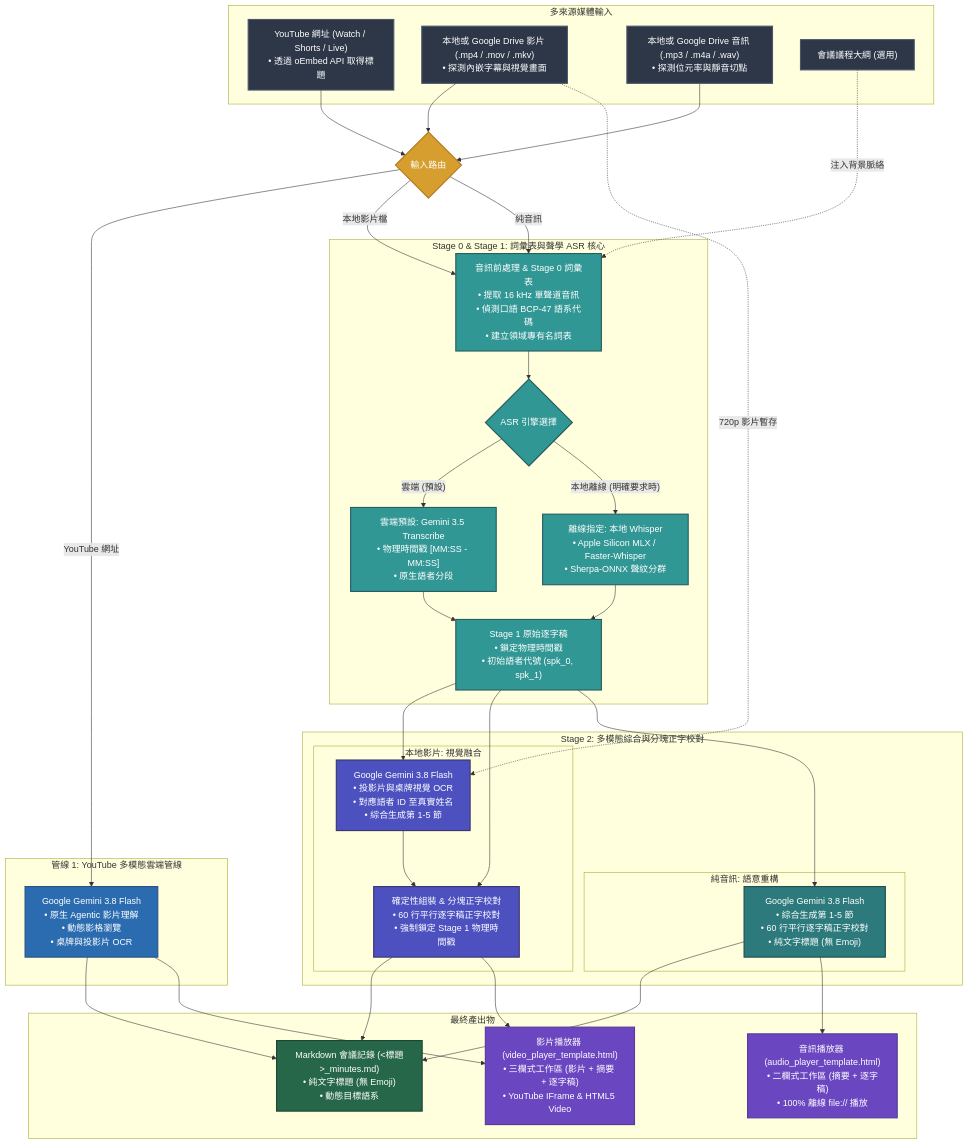
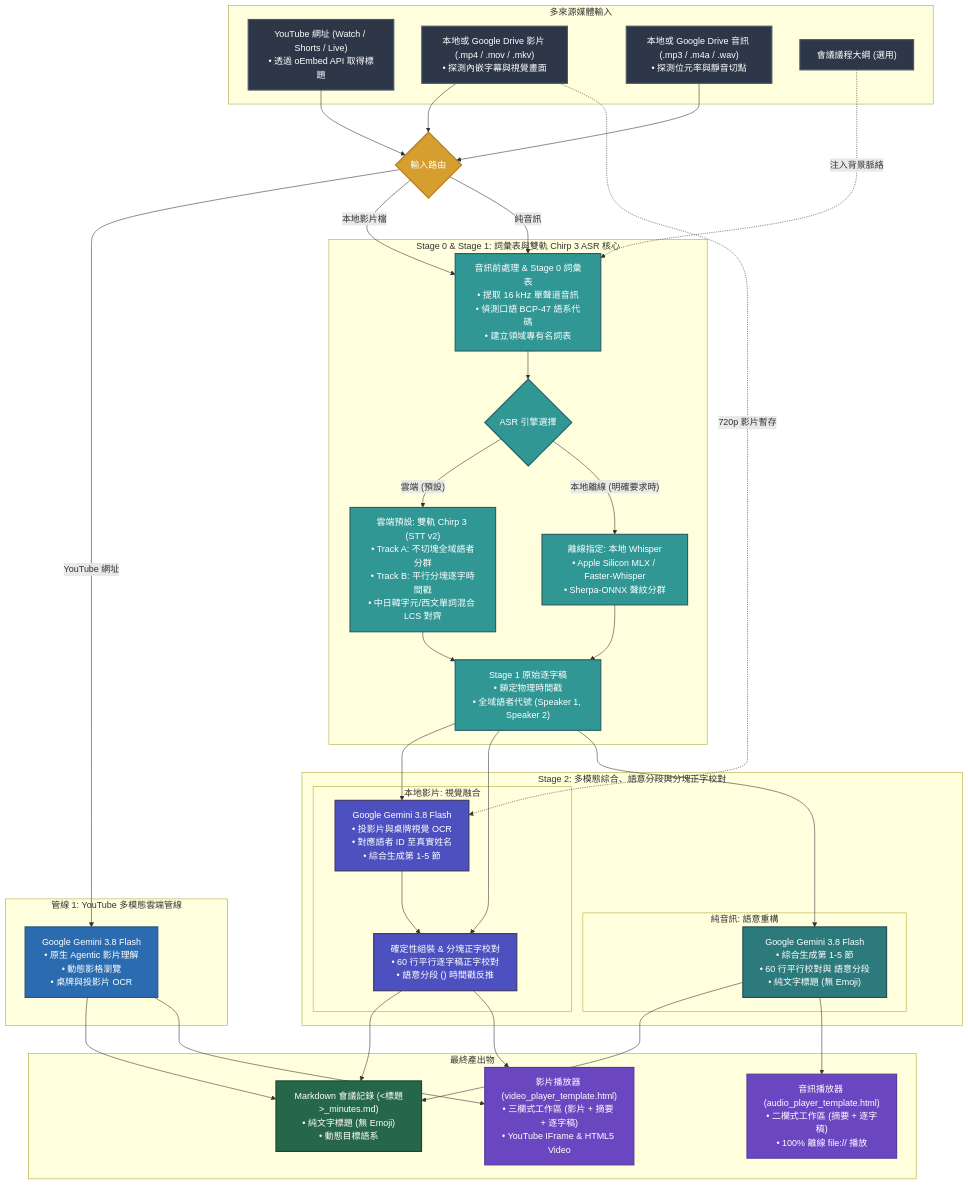
The diagram in README.zh-TW.md (sylphlin/meeting-transcribe-agent), drawn with Mermaid before and after one commit. The commit also changed other lines of this file and 33 other files, not shown here.

Commit message:
feat(asr): replace single-pass transcription with Dual-Pass Chirp 3 diarization, LCS alignment, and semantic paragraphing

````diff
--- a/README.zh-TW.md
+++ b/README.zh-TW.md
@@ -176,75 +191,75 @@
 ```mermaid
 flowchart TD
     classDef inputStyle fill:#2D3748,stroke:#4A5568,stroke-width:2px,color:#fff;
     classDef routerStyle fill:#D69E2E,stroke:#B7791F,stroke-width:2px,color:#fff;
     classDef videoStyle fill:#2B6CB0,stroke:#2C5282,stroke-width:2px,color:#fff;
     classDef fusionStyle fill:#4C51BF,stroke:#3C366B,stroke-width:2px,color:#fff;
     classDef audioStyle fill:#2C7A7B,stroke:#234E52,stroke-width:2px,color:#fff;
     classDef asrStyle fill:#319795,stroke:#285E61,stroke-width:2px,color:#fff;
     classDef outputStyle fill:#276749,stroke:#1C4532,stroke-width:2px,color:#fff;
     classDef playerStyle fill:#6B46C1,stroke:#553C9A,stroke-width:2px,color:#fff;
 
     subgraph Input["多來源媒體輸入"]
         Y["YouTube 網址 (Watch / Shorts / Live)<br>• 透過 oEmbed API 取得標題"]:::inputStyle
         V["本地或 Google Drive 影片 (.mp4 / .mov / .mkv)<br>• 探測內嵌字幕與視覺畫面"]:::inputStyle
         A["本地或 Google Drive 音訊 (.mp3 / .m4a / .wav)<br>• 探測位元率與靜音切點"]:::inputStyle
         O["會議議程大綱 (選用)"]:::inputStyle
     end
 
     Router{"輸入路由"}:::routerStyle
 
     Y --> Router
     V --> Router
     A --> Router
 
     subgraph YouTubeTrack["管線 1: YouTube 多模態雲端管線"]
         GeminiFlash["Google Gemini 3.8 Flash<br>• 原生 Agentic 影片理解<br>• 動態影格瀏覽<br>• 桌牌與投影片 OCR"]:::videoStyle
     end
 
-    subgraph SharedASR["Stage 0 & Stage 1: 詞彙表與聲學 ASR 核心"]
+    subgraph SharedASR["Stage 0 & Stage 1: 詞彙表與雙軌 Chirp 3 ASR 核心"]
         ExtractTrack["音訊前處理 & Stage 0 詞彙表<br>• 提取 16 kHz 單聲道音訊<br>• 偵測口語 BCP-47 語系代碼<br>• 建立領域專有名詞表"]:::asrStyle
         ASREngine{"ASR 引擎選擇"}:::asrStyle
-        ASR_Gemini["雲端預設: Gemini 3.5 Transcribe<br>• 物理時間戳 [MM:SS - MM:SS]<br>• 原生語者分段"]:::asrStyle
+        ASR_Chirp["雲端預設: 雙軌 Chirp 3 (STT v2)<br>• Track A: 不切塊全域語者分群<br>• Track B: 平行分塊逐字時間戳<br>• 中日韓字元/西文單詞混合 LCS 對齊"]:::asrStyle
         ASR_Whisper["離線指定: 本地 Whisper<br>• Apple Silicon MLX / Faster-Whisper<br>• Sherpa-ONNX 聲紋分群"]:::asrStyle
-        RawTranscript["Stage 1 原始逐字稿<br>• 鎖定物理時間戳<br>• 初始語者代號 (spk_0, spk_1)"]:::asrStyle
+        RawTranscript["Stage 1 原始逐字稿<br>• 鎖定物理時間戳<br>• 全域語者代號 (Speaker 1, Speaker 2)"]:::asrStyle
 
         ExtractTrack --> ASREngine
-        ASREngine -- "雲端 (預設)" --> ASR_Gemini --> RawTranscript
+        ASREngine -- "雲端 (預設)" --> ASR_Chirp --> RawTranscript
         ASREngine -- "本地離線 (明確要求時)" --> ASR_Whisper --> RawTranscript
         O -. "注入背景脈絡" .-> ExtractTrack
     end
 
-    subgraph Stage2Divergence["Stage 2: 多模態綜合與分塊正字校對"]
+    subgraph Stage2Divergence["Stage 2: 多模態綜合、語意分段與分塊正字校對"]
         subgraph LocalVideoStage2["本地影片: 視覺融合"]
             Stage2Video["Google Gemini 3.8 Flash<br>• 投影片與桌牌視覺 OCR<br>• 對應語者 ID 至真實姓名<br>• 綜合生成第 1-5 節"]:::fusionStyle
-            Deterministic["確定性組裝 & 分塊正字校對<br>• 60 行平行逐字稿正字校對<br>• 強制鎖定 Stage 1 物理時間戳"]:::fusionStyle
+            Deterministic["確定性組裝 & 分塊正字校對<br>• 60 行平行逐字稿正字校對<br>• 語意分段 (<PARA>) 時間戳反推"]:::fusionStyle
             Stage2Video --> Deterministic
         end
 
         subgraph AudioStage2["純音訊: 語意重構"]
-            Restructure["Google Gemini 3.8 Flash<br>• 綜合生成第 1-5 節<br>• 60 行平行逐字稿正字校對<br>• 純文字標題 (無 Emoji)"]:::audioStyle
+            Restructure["Google Gemini 3.8 Flash<br>• 綜合生成第 1-5 節<br>• 60 行平行校對與 <PARA> 語意分段<br>• 純文字標題 (無 Emoji)"]:::audioStyle
         end
     end
 
     Router -- "YouTube 網址" --> GeminiFlash
     Router -- "本地影片檔" --> ExtractTrack
     Router -- "純音訊" --> ExtractTrack
 
     RawTranscript --> Stage2Video
     V -. "720p 影片暫存" .-> Stage2Video
     RawTranscript --> Deterministic
     RawTranscript --> Restructure
 
     subgraph Delivery["最終產出物"]
         MD["Markdown 會議記錄 (<標題>_minutes.md)<br>• 純文字標題 (無 Emoji)<br>• 動態目標語系"]:::outputStyle
         VPlayer["影片播放器 (video_player_template.html)<br>• 三欄式工作區 (影片 + 摘要 + 逐字稿)<br>• YouTube IFrame & HTML5 Video"]:::playerStyle
         APlayer["音訊播放器 (audio_player_template.html)<br>• 二欄式工作區 (摘要 + 逐字稿)<br>• 100% 離線 file:// 播放"]:::playerStyle
     end
 
     GeminiFlash --> MD
     GeminiFlash --> VPlayer
     Deterministic --> MD
     Deterministic --> VPlayer
     Restructure --> MD
     Restructure --> APlayer
 ```
````
